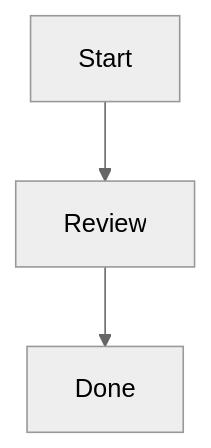
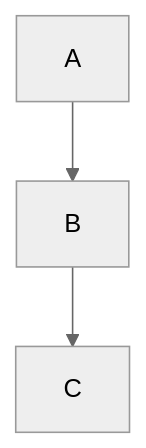
The second of 6 diagrams in docs/syntax/grid-layout.md (mermaid-js/mermaid), drawn with Mermaid (neutral theme) before and after one commit. The commit also changed other lines of this file and 1 other file, not shown here.

````diff
--- a/docs/syntax/grid-layout.md
+++ b/docs/syntax/grid-layout.md
@@ -69,16 +69,16 @@
 ```mermaid
 ---
 config:
   layout: grid
   grid:
     rowGap: 32
     columnGap: 40
     cellGap: 12
 ---
 flowchart TB
-  A["Start"]@{ row: 1, column: 1 }
-  B["Review"]@{ row: 2, column: 1 }
-  C["Done"]@{ row: 2, column: 2, horizontalAlign: right }
+  A@{ row: 1, column: 1 }
+  B@{ row: 2, column: 1 }
+  C@{ row: 2, column: 2, horizontalAlign: right }
   A --> B
   B --> C
 ```
````
